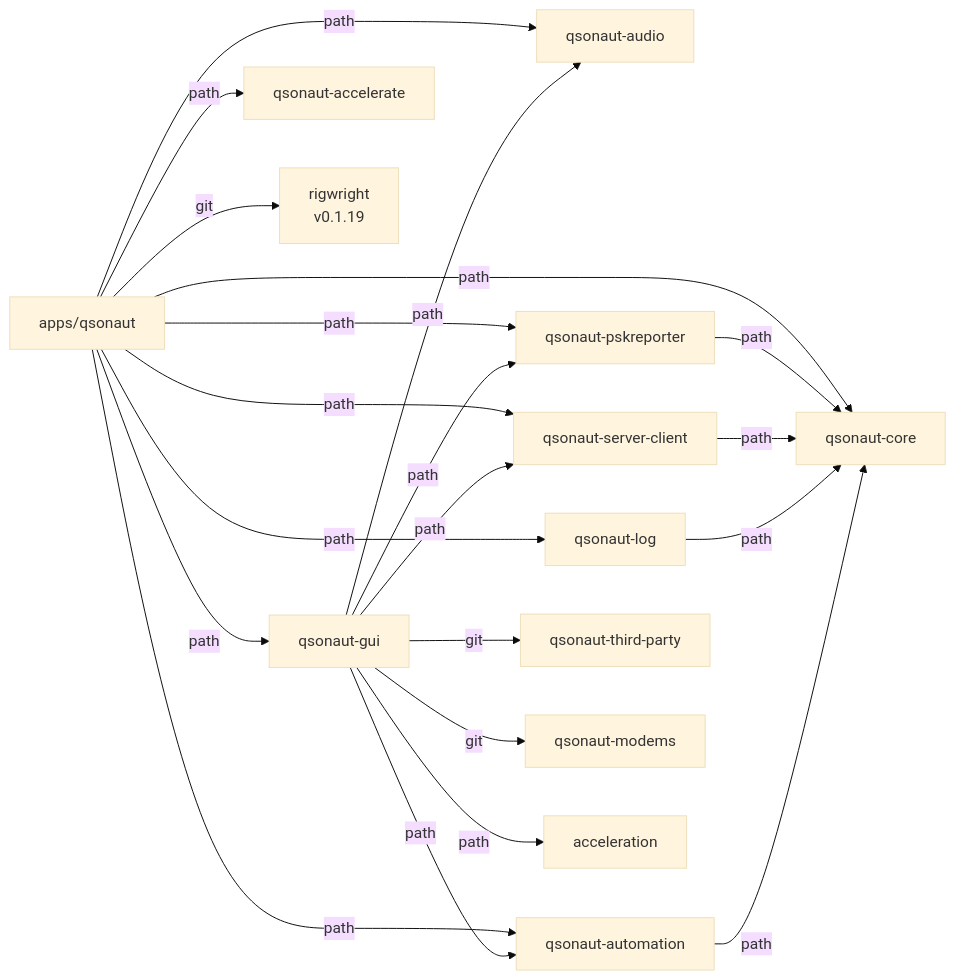
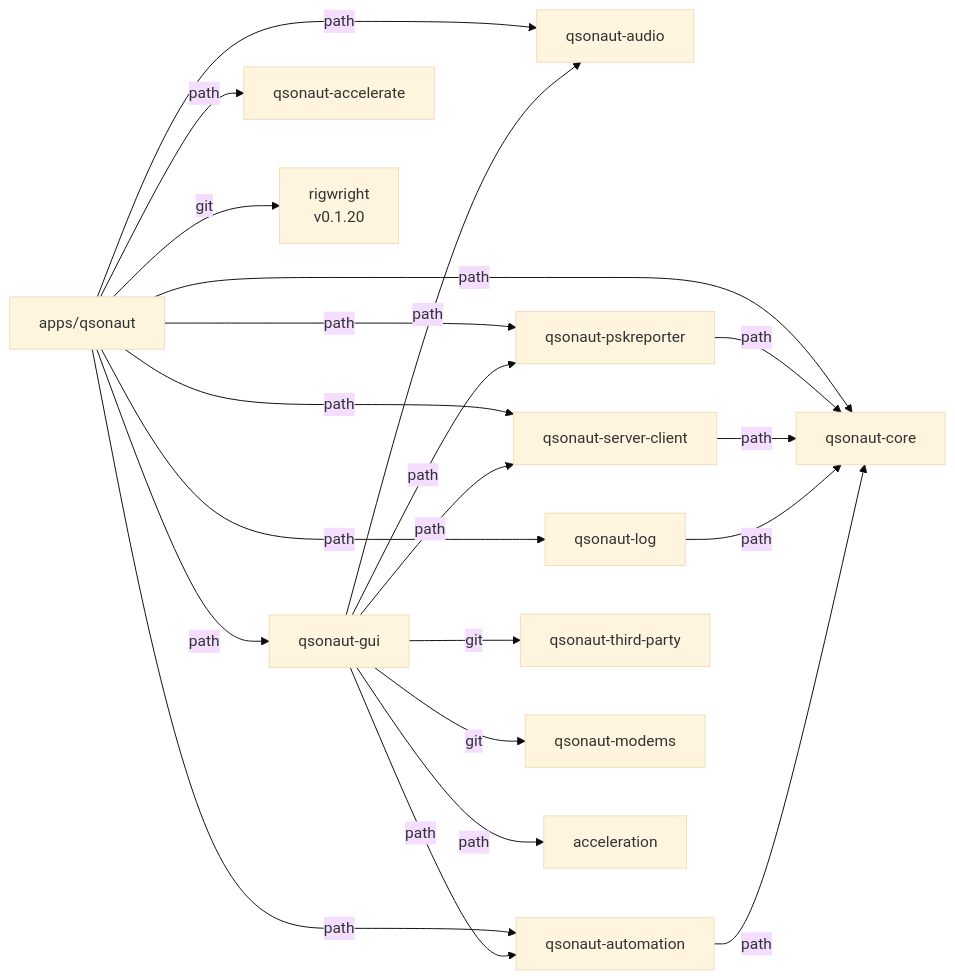
The third of 6 diagrams in docs/ARCHITECTURE.md (nicksbar/QSONaut), drawn with Mermaid (base theme) before and after one commit. The commit also changed other lines of this file and 8 other files, not shown here.

````diff
--- a/docs/ARCHITECTURE.md
+++ b/docs/ARCHITECTURE.md
@@ -90,38 +90,38 @@
 ```mermaid
 graph LR
     qsonaut[apps/qsonaut]
     audio[qsonaut-audio]
     core[qsonaut-core]
     gui[qsonaut-gui]
     log[qsonaut-log]
     automation[qsonaut-automation]
     psk[qsonaut-pskreporter]
     server-client[qsonaut-server-client]
     accelerate[qsonaut-accelerate]
     third-party[qsonaut-third-party]
     modems[qsonaut-modems]
-    rigwright[rigwright<br/>v0.1.19]
+    rigwright[rigwright<br/>v0.1.20]
     
     qsonaut -->|path| gui
     qsonaut -->|path| core
     qsonaut -->|path| audio
     qsonaut -->|path| log
     qsonaut -->|path| automation
     qsonaut -->|path| psk
     qsonaut -->|path| server-client
     qsonaut -->|path| accelerate
     qsonaut -->|git| rigwright
     
     gui -->|git| third-party
     gui -->|git| modems
     gui -->|path| audio
     gui -->|path| acceleration
     gui -->|path| automation
     gui -->|path| server-client
     gui -->|path| psk
     
     psk -->|path| core
     server-client -->|path| core
     log -->|path| core
     automation -->|path| core
 ```
````
